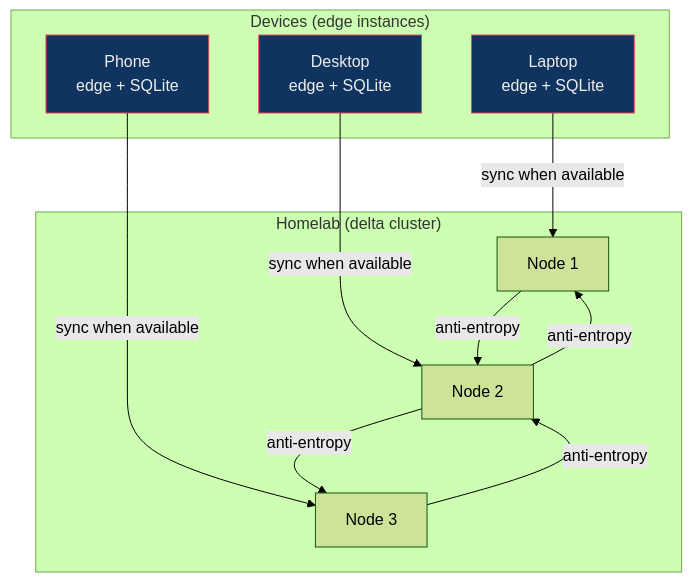
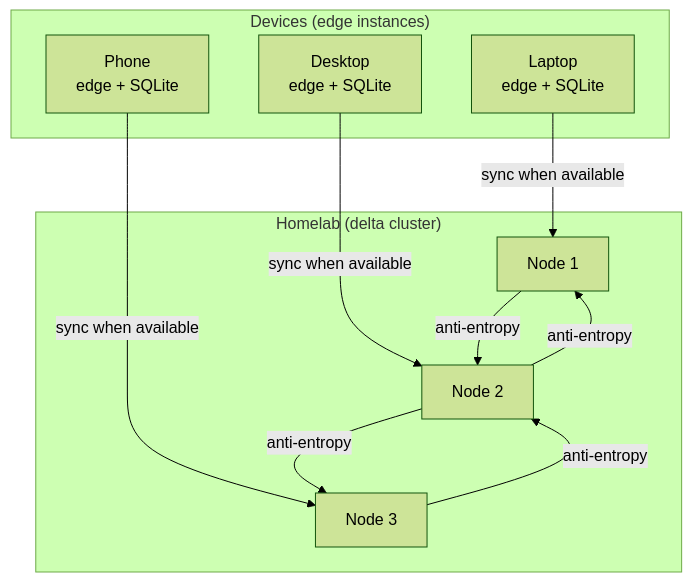
Before and after one commit to w-h-a/delta: the fourth of 4 diagrams in README.md, drawn with Mermaid (forest theme). The commit also changed other lines of this file and 4 other files, not shown here.

````diff
--- a/README.md
+++ b/README.md
@@ -106,26 +110,22 @@
 ```mermaid
 graph TD
     subgraph "Devices (edge instances)"
         L[Laptop<br/>edge + SQLite]
         D[Desktop<br/>edge + SQLite]
         P[Phone<br/>edge + SQLite]
     end
 
     subgraph "Homelab (delta cluster)"
         N1[Node 1]
         N2[Node 2]
         N3[Node 3]
     end
 
     L -->|sync when available| N1
     D -->|sync when available| N2
     P -->|sync when available| N3
     N1 -->|anti-entropy| N2
     N2 -->|anti-entropy| N1
     N2 -->|anti-entropy| N3
     N3 -->|anti-entropy| N2
-
-    style L fill:#0f3460,stroke:#e94560,color:#eee
-    style D fill:#0f3460,stroke:#e94560,color:#eee
-    style P fill:#0f3460,stroke:#e94560,color:#eee
 ```
````
